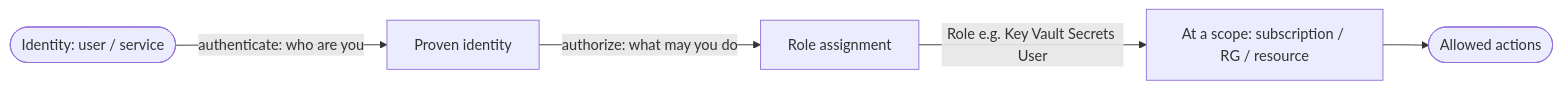
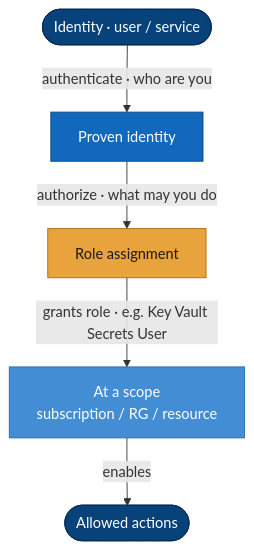
Before and after one commit to seesathish/AntKart-Src3: the first of 4 diagrams in docs/guides/identity-concepts.md, drawn with Mermaid. The commit also changed other lines of this file and 4 other files, not shown here.

First line of the commit message:
docs: standardise all concept-guide Mermaid diagrams to one visual standard

````diff
--- a/docs/guides/identity-concepts.md
+++ b/docs/guides/identity-concepts.md
@@ -21,7 +21,19 @@
 ```mermaid
-flowchart LR
-    ID([Identity: user / service]) -->|authenticate: who are you| TOK[Proven identity]
-    TOK -->|authorize: what may you do| RA[Role assignment]
-    RA -->|Role e.g. Key Vault Secrets User| SCOPE[At a scope: subscription / RG / resource]
-    SCOPE --> ALLOW([Allowed actions])
+flowchart TB
+    ID([Identity · user / service]) -->|authenticate · who are you| TOK[Proven identity]
+    TOK -->|authorize · what may you do| RA[Role assignment]
+    RA -->|grants role · e.g. Key Vault Secrets User| SCOPE[At a scope<br/>subscription / RG / resource]
+    SCOPE -->|enables| ALLOW([Allowed actions])
+
+    classDef actor   fill:#08427B,stroke:#052c54,color:#ffffff;
+    classDef primary fill:#1168BD,stroke:#0b4a87,color:#ffffff;
+    classDef service fill:#438DD5,stroke:#2d6ca3,color:#ffffff;
+    classDef data    fill:#85BBF0,stroke:#5a9bd4,color:#0b2545;
+    classDef external fill:#8B8B8B,stroke:#5f5f5f,color:#ffffff;
+    classDef focus   fill:#E8A33D,stroke:#a96f16,color:#1a1a1a;
+
+    class ID,ALLOW actor
+    class TOK primary
+    class SCOPE service
+    class RA focus
 ```
````
